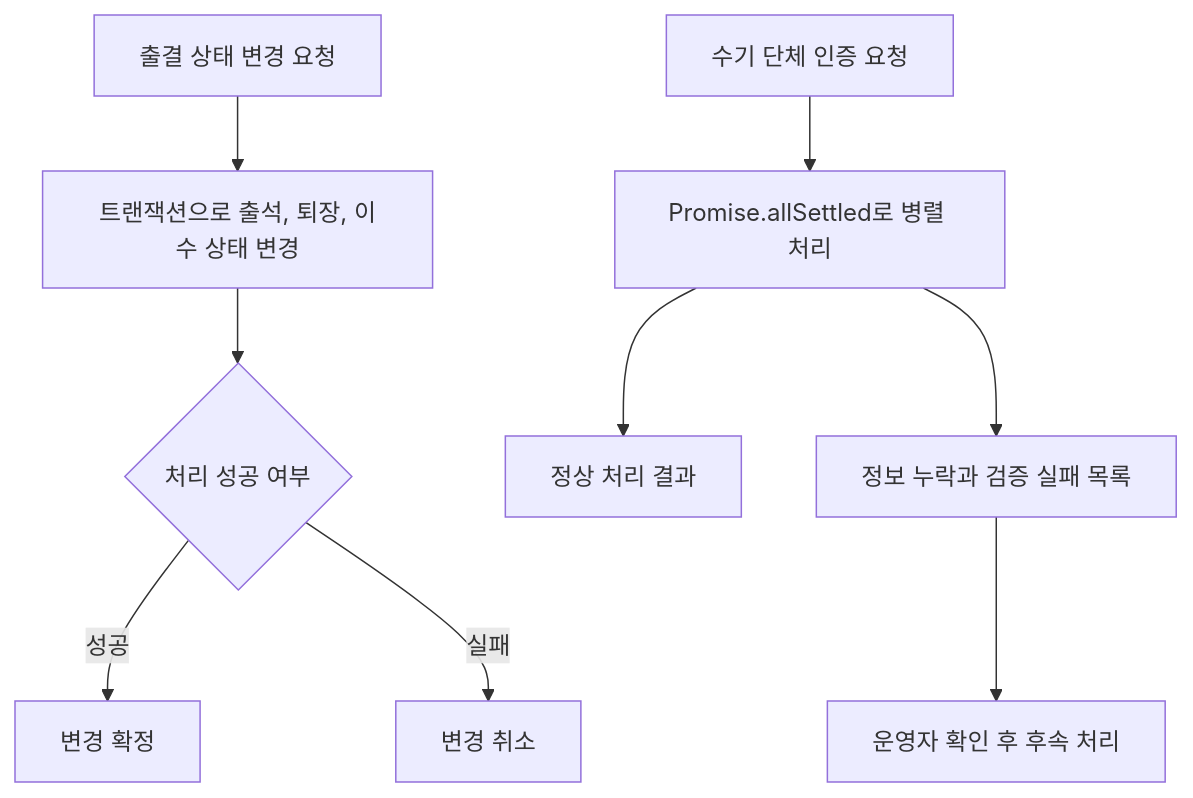
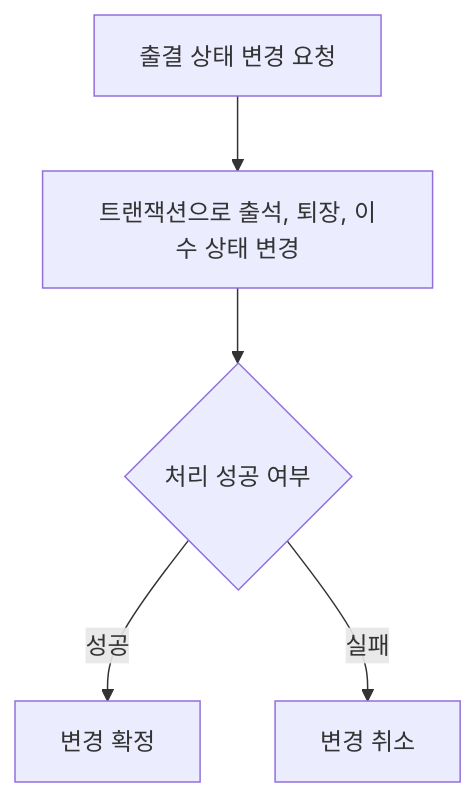
Before and after one commit to KimHG1995/work-history: the first of 2 diagrams in projects/public-education/attendance.md, drawn with Mermaid. The commit also changed other lines of this file and 3 other files, not shown here.

Commit message:
docs: 주요 Mermaid 구성도 흐름과 저장 관계 분리

````diff
--- a/projects/public-education/attendance.md
+++ b/projects/public-education/attendance.md
@@ -41,11 +43,7 @@
 ```mermaid
-flowchart TD
+flowchart TB
     change["출결 상태 변경 요청"] --> tx["트랜잭션으로 출석, 퇴장, 이수 상태 변경"]
     tx --> result{"처리 성공 여부"}
     result -->|성공| commit["변경 확정"]
     result -->|실패| rollback["변경 취소"]
-    group["수기 단체 인증 요청"] --> parallel["Promise.allSettled로 병렬 처리"]
-    parallel --> success["정상 처리 결과"]
-    parallel --> failed["정보 누락과 검증 실패 목록"]
-    failed --> operator["운영자 확인 후 후속 처리"]
 ```
````
